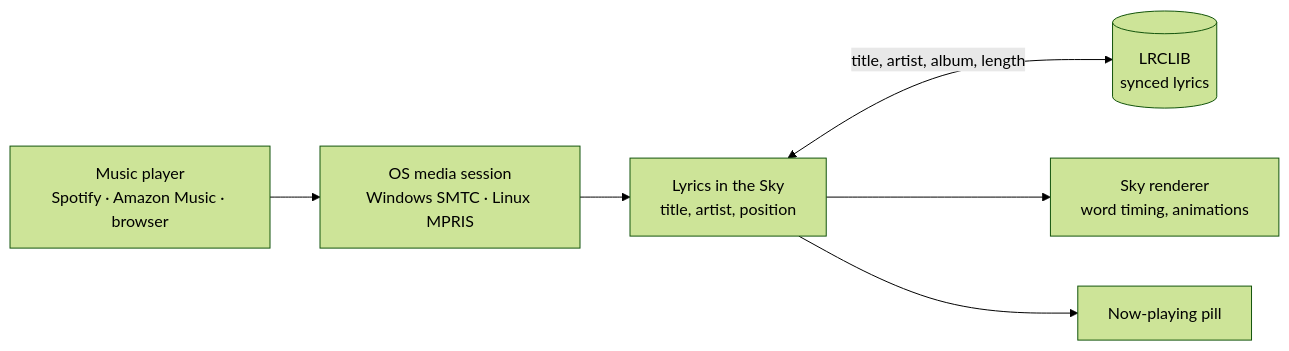
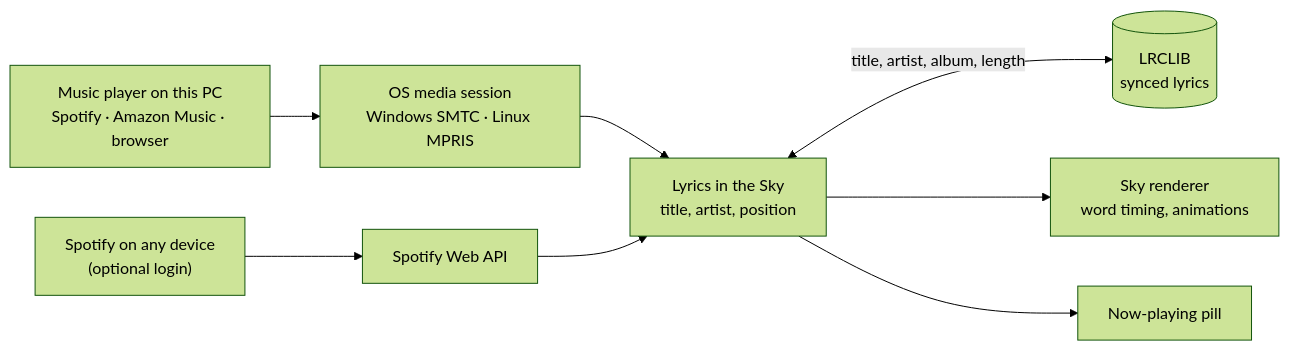
The diagram in README.md (Henner4746/lyrics-in-the-sky), drawn with Mermaid (forest theme) before and after one commit. The commit also changed other lines of this file and 27 other files, not shown here.

First line of the commit message:
feat: settings screen, around-you mode and optional Spotify login (1.1.0)

````diff
--- a/README.md
+++ b/README.md
@@ -79,8 +116,10 @@
 ```mermaid
 flowchart LR
-    A["Music player<br/>Spotify · Amazon Music · browser"] --> B["OS media session<br/>Windows SMTC · Linux MPRIS"]
+    A["Music player on this PC<br/>Spotify · Amazon Music · browser"] --> B["OS media session<br/>Windows SMTC · Linux MPRIS"]
     B --> C["Lyrics in the Sky<br/>title, artist, position"]
+    G["Spotify on any device<br/>(optional login)"] --> H["Spotify Web API"]
+    H --> C
     C <-->|"title, artist, album, length"| D[("LRCLIB<br/>synced lyrics")]
     C --> E["Sky renderer<br/>word timing, animations"]
     C --> F["Now-playing pill"]
 ```
````
